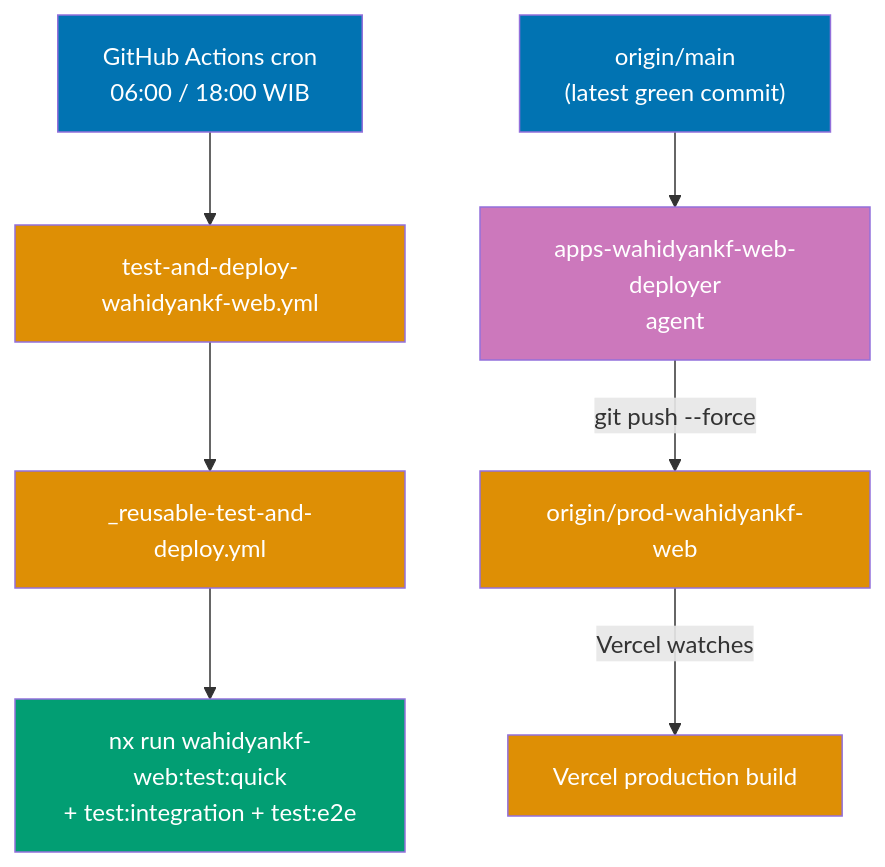
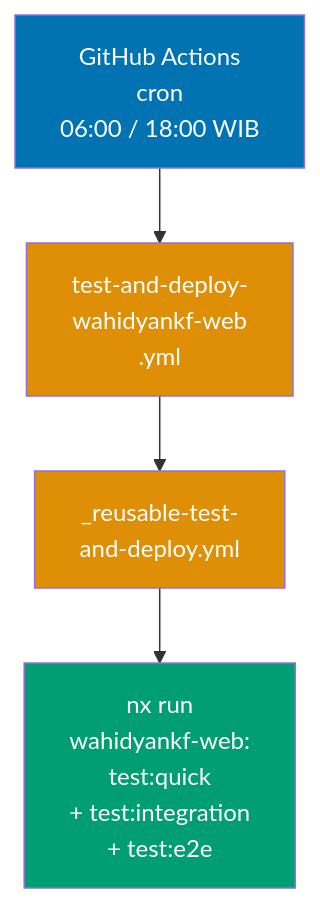
Before and after one commit to wahidyankf/open-sharia-enterprise: the third of 4 diagrams in plans/in-progress/2026-04-19__adopt-wahidyankf-web/tech-docs.md, drawn with Mermaid. The commit also changed other lines of this file, not shown here.

First line of the commit message:
docs(plans): break long diagram labels so text fits inside node boxes

````diff
--- a/plans/in-progress/2026-04-19__adopt-wahidyankf-web/tech-docs.md
+++ b/plans/in-progress/2026-04-19__adopt-wahidyankf-web/tech-docs.md
@@ -50,19 +50,11 @@
 ```mermaid
 flowchart TD
-    Cron["GitHub Actions cron<br/>06:00 / 18:00 WIB"] --> Workflow["test-and-deploy-wahidyankf-web.yml"]
-    Workflow --> Reusable["_reusable-test-and-deploy.yml"]
-    Reusable --> NxCi["nx run wahidyankf-web:test:quick<br/>+ test:integration + test:e2e"]
-
-    Main["origin/main<br/>(latest green commit)"] --> Deployer["apps-wahidyankf-web-deployer<br/>agent"]
-    Deployer -->|"git push --force"| ProdBranch["origin/prod-wahidyankf-web"]
-    ProdBranch -->|Vercel watches| Vercel["Vercel production build"]
+    Cron["GitHub Actions<br/>cron<br/>06:00 / 18:00 WIB"] --> Workflow["test-and-deploy-<br/>wahidyankf-web<br/>.yml"]
+    Workflow --> Reusable["_reusable-test-<br/>and-deploy.yml"]
+    Reusable --> NxCi["nx run<br/>wahidyankf-web:<br/>test:quick<br/>+ test:integration<br/>+ test:e2e"]
 
     style Cron fill:#0173B2,color:#fff
     style Workflow fill:#DE8F05,color:#fff
     style Reusable fill:#DE8F05,color:#fff
     style NxCi fill:#029E73,color:#fff
-    style Main fill:#0173B2,color:#fff
-    style Deployer fill:#CC78BC,color:#fff
-    style ProdBranch fill:#DE8F05,color:#fff
-    style Vercel fill:#DE8F05,color:#fff
 ```
````
